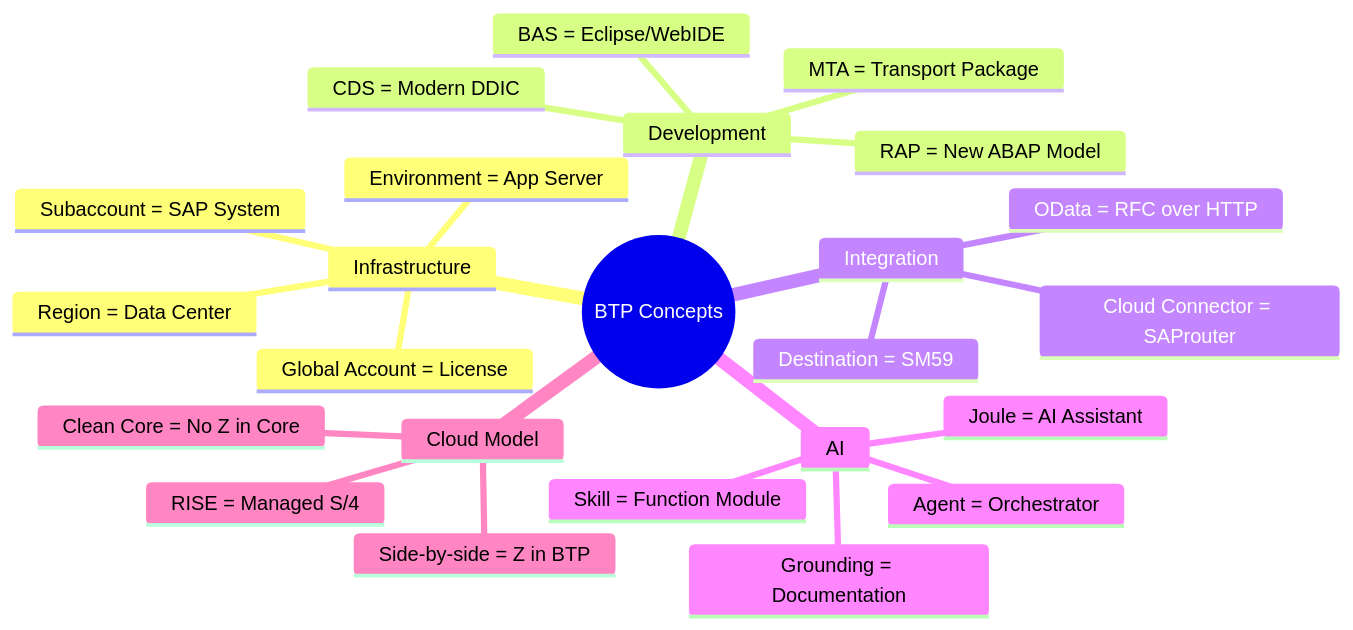
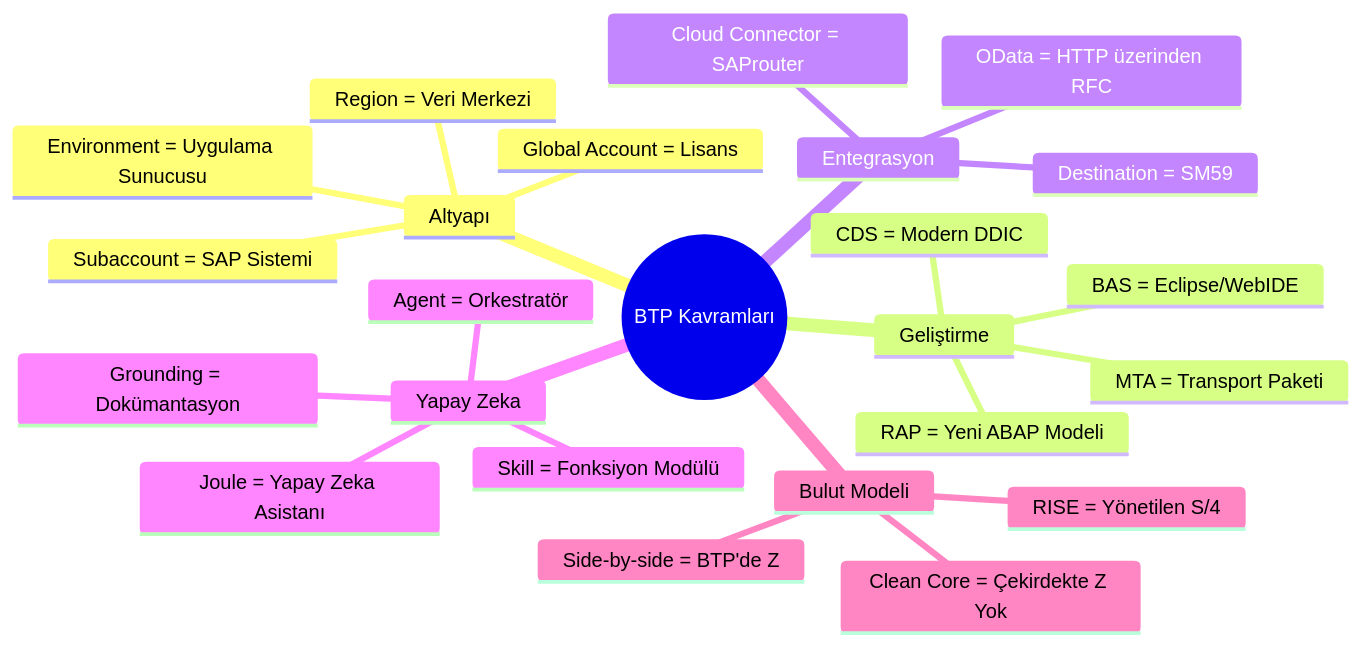
The first of 3 diagrams in Technical Tutorials/BTP/TR/chapters/appendix-b-glossary.md (beyhanmeyrali/sap-all), drawn with Mermaid before and after one commit. The commit also changed other lines of this file and 11 other files, not shown here.

First line of the commit message:
Complete Turkish translation for SAP BTP Mini Book

````diff
--- a/Technical Tutorials/BTP/TR/chapters/appendix-b-glossary.md
+++ b/Technical Tutorials/BTP/TR/chapters/appendix-b-glossary.md
@@ -9,27 +9,27 @@
 ```mermaid
 mindmap
-  root((BTP Concepts))
-    Infrastructure
-      Global Account = License
-      Subaccount = SAP System
-      Region = Data Center
-      Environment = App Server
-    Development
+  root((BTP Kavramları))
+    Altyapı
+      Global Account = Lisans
+      Subaccount = SAP Sistemi
+      Region = Veri Merkezi
+      Environment = Uygulama Sunucusu
+    Geliştirme
       BAS = Eclipse/WebIDE
-      RAP = New ABAP Model
+      RAP = Yeni ABAP Modeli
       CDS = Modern DDIC
-      MTA = Transport Package
-    Integration
+      MTA = Transport Paketi
+    Entegrasyon
       Destination = SM59
       Cloud Connector = SAProuter
-      OData = RFC over HTTP
-    AI
-      Joule = AI Assistant
-      Skill = Function Module
-      Agent = Orchestrator
-      Grounding = Documentation
-    Cloud Model
-      RISE = Managed S/4
-      Clean Core = No Z in Core
-      Side-by-side = Z in BTP
+      OData = HTTP üzerinden RFC
+    Yapay Zeka
+      Joule = Yapay Zeka Asistanı
+      Skill = Fonksiyon Modülü
+      Agent = Orkestratör
+      Grounding = Dokümantasyon
+    Bulut Modeli
+      RISE = Yönetilen S/4
+      Clean Core = Çekirdekte Z Yok
+      Side-by-side = BTP'de Z
 ```
````
